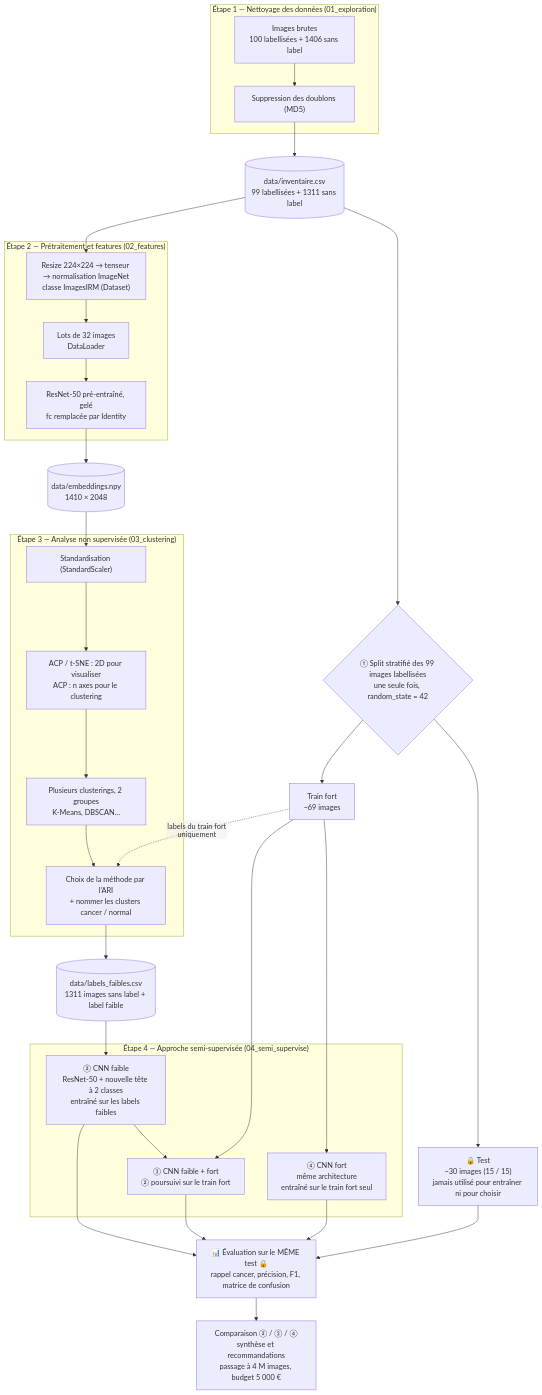
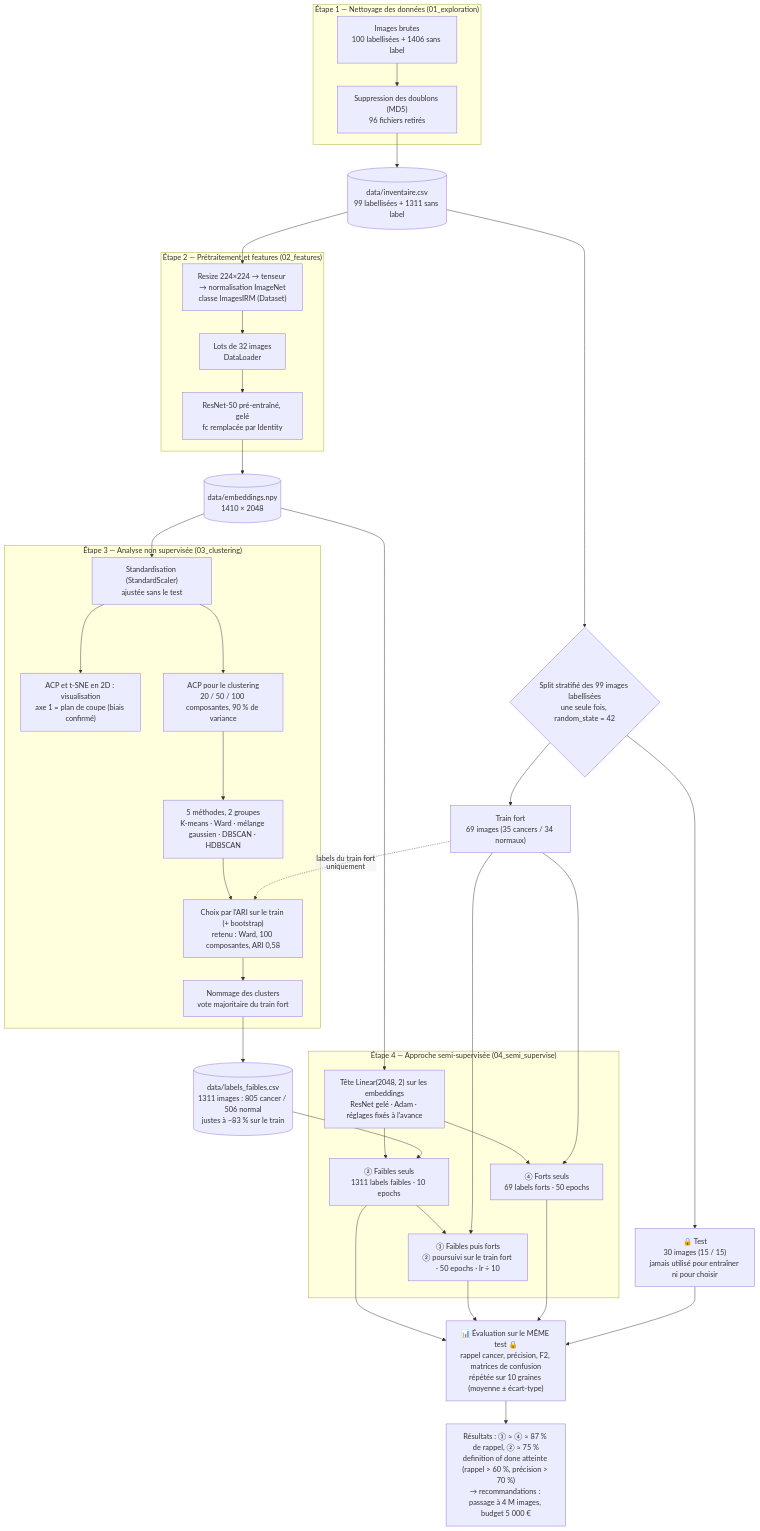
One commit to matthieudevivie/Projet-7---Labellisez-et-appliquez-des-approches-semi-supervisees-en-traitement-d-images changed the diagram in docs/pipeline.md. Above: the diagram before and after it, drawn with Mermaid. The commit also changed 2 other files, not shown here.

Commit message:
Visualisations des clusters et des performances, definition of done, schéma du pipeline à jour

````diff
--- a/docs/pipeline.md
+++ b/docs/pipeline.md
@@ -1,42 +1,48 @@
 ```mermaid
 %%{init: {"themeVariables": {"fontFamily": "Arial, sans-serif"}, "flowchart": {"htmlLabels": false}}}%%
 flowchart TD
     subgraph E1["Étape 1 — Nettoyage des données (01_exploration)"]
-        A["Images brutes<br/>100 labellisées + 1406 sans label"] --> B["Suppression des doublons (MD5)"]
+        A["Images brutes<br/>100 labellisées + 1406 sans label"] --> B["Suppression des doublons (MD5)<br/>96 fichiers retirés"]
     end
     B --> INV[("data/inventaire.csv<br/>99 labellisées + 1311 sans label")]
 
-    INV --> SPLIT{"① Split stratifié des 99 images labellisées<br/>une seule fois, random_state = 42"}
-    SPLIT --> TRF["Train fort<br/>~69 images"]
-    SPLIT --> TEST["🔒 Test<br/>~30 images (15 / 15)<br/>jamais utilisé pour entraîner ni pour choisir"]
+    INV --> SPLIT{"Split stratifié des 99 images labellisées<br/>une seule fois, random_state = 42"}
+    SPLIT --> TRF["Train fort<br/>69 images (35 cancers / 34 normaux)"]
+    SPLIT --> TEST["🔒 Test<br/>30 images (15 / 15)<br/>jamais utilisé pour entraîner ni pour choisir"]
 
     subgraph E2["Étape 2 — Prétraitement et features (02_features)"]
         P["Resize 224×224 → tenseur → normalisation ImageNet<br/>classe ImagesIRM (Dataset)"] --> L["Lots de 32 images<br/>DataLoader"]
         L --> R["ResNet-50 pré-entraîné, gelé<br/>fc remplacée par Identity"]
     end
     INV --> P
     R --> EMB[("data/embeddings.npy<br/>1410 × 2048")]
 
     subgraph E3["Étape 3 — Analyse non supervisée (03_clustering)"]
-        S["Standardisation (StandardScaler)"] --> ACP["ACP / t-SNE : 2D pour visualiser<br/>ACP : n axes pour le clustering"]
-        ACP --> CL["Plusieurs clusterings, 2 groupes<br/>K-Means, DBSCAN…"]
-        CL --> ARI["Choix de la méthode par l'ARI<br/>+ nommer les clusters cancer / normal"]
+        S["Standardisation (StandardScaler)<br/>ajustée sans le test"] --> ACP["ACP et t-SNE en 2D : visualisation<br/>axe 1 = plan de coupe (biais confirmé)"]
+        S --> NC["ACP pour le clustering<br/>20 / 50 / 100 composantes, 90 % de variance"]
+        NC --> CL["5 méthodes, 2 groupes<br/>K-means · Ward · mélange gaussien · DBSCAN · HDBSCAN"]
+        CL --> ARI["Choix par l'ARI sur le train (+ bootstrap)<br/>retenu : Ward, 100 composantes, ARI 0,58"]
+        ARI --> VOTE["Nommage des clusters<br/>vote majoritaire du train fort"]
     end
     EMB --> S
     TRF -. "labels du train fort uniquement" .-> ARI
-    ARI --> LF[("data/labels_faibles.csv<br/>1311 images sans label + label faible")]
+    VOTE --> LF[("data/labels_faibles.csv<br/>1311 images : 805 cancer / 506 normal<br/>justes à ~83 % sur le train")]
 
     subgraph E4["Étape 4 — Approche semi-supervisée (04_semi_supervise)"]
-        M2["② CNN faible<br/>ResNet-50 + nouvelle tête à 2 classes<br/>entraîné sur les labels faibles"] --> M3["③ CNN faible + fort<br/>② poursuivi sur le train fort"]
-        M4["④ CNN fort<br/>même architecture<br/>entraîné sur le train fort seul"]
+        H["Tête Linear(2048, 2) sur les embeddings<br/>ResNet gelé · Adam · réglages fixés à l'avance"]
+        M2["② Faibles seuls<br/>1311 labels faibles · 10 epochs"] --> M3["③ Faibles puis forts<br/>② poursuivi sur le train fort · 50 epochs · lr ÷ 10"]
+        M4["④ Forts seuls<br/>69 labels forts · 50 epochs"]
+        H --> M2
+        H --> M4
     end
+    EMB --> H
     LF --> M2
     TRF --> M3
     TRF --> M4
 
-    M2 --> EV["📊 Évaluation sur le MÊME test 🔒<br/>rappel cancer, précision, F1, matrice de confusion"]
+    M2 --> EV["📊 Évaluation sur le MÊME test 🔒<br/>rappel cancer, précision, F2, matrices de confusion<br/>répétée sur 10 graines (moyenne ± écart-type)"]
     M3 --> EV
     M4 --> EV
     TEST --> EV
-    EV --> CMP["Comparaison ② / ③ / ④<br/>synthèse et recommandations<br/>passage à 4 M images, budget 5 000 €"]
+    EV --> CMP["Résultats : ③ ≈ ④ ≈ 87 % de rappel, ② ≈ 75 %<br/>definition of done atteinte (rappel > 60 %, précision > 70 %)<br/>→ recommandations : passage à 4 M images, budget 5 000 €"]
 ```
````
